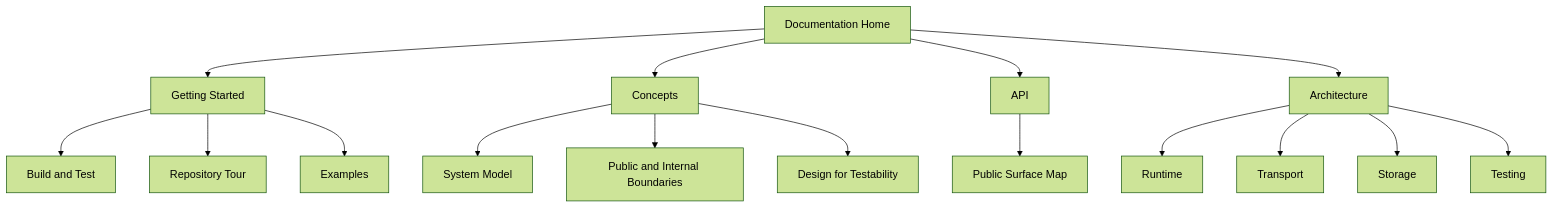
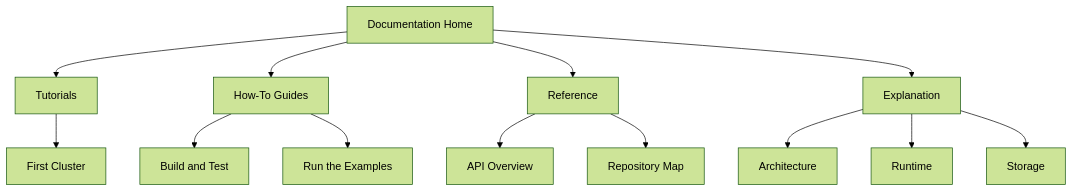
One commit to bringhurst/quorumkit changed the diagram in docs/index.md. Above: the diagram before and after it, drawn with Mermaid (forest theme). The commit also changed other lines of this file and 49 other files, not shown here.

````diff
--- a/docs/index.md
+++ b/docs/index.md
@@ -28,18 +28,15 @@
 ```mermaid
 flowchart TD
-    Home[Documentation Home] --> Start[Getting Started]
-    Home --> Concepts[Concepts]
-    Home --> Api[API]
-    Home --> Arch[Architecture]
-    Start --> Build[Build and Test]
-    Start --> Tour[Repository Tour]
-    Start --> Examples[Examples]
-    Concepts --> Model[System Model]
-    Concepts --> Boundaries[Public and Internal Boundaries]
-    Concepts --> Testability[Design for Testability]
-    Api --> Surfaces[Public Surface Map]
-    Arch --> Runtime[Runtime]
-    Arch --> Transport[Transport]
-    Arch --> Storage[Storage]
-    Arch --> Testing[Testing]
+    Home[Documentation Home] --> Tutorials[Tutorials]
+    Home --> HowTo[How-To Guides]
+    Home --> Reference[Reference]
+    Home --> Explanation[Explanation]
+    Tutorials --> FirstCluster[First Cluster]
+    HowTo --> BuildTest[Build and Test]
+    HowTo --> Examples[Run the Examples]
+    Reference --> API[API Overview]
+    Reference --> RepoMap[Repository Map]
+    Explanation --> Architecture[Architecture]
+    Explanation --> Runtime[Runtime]
+    Explanation --> Storage[Storage]
 ```
````
